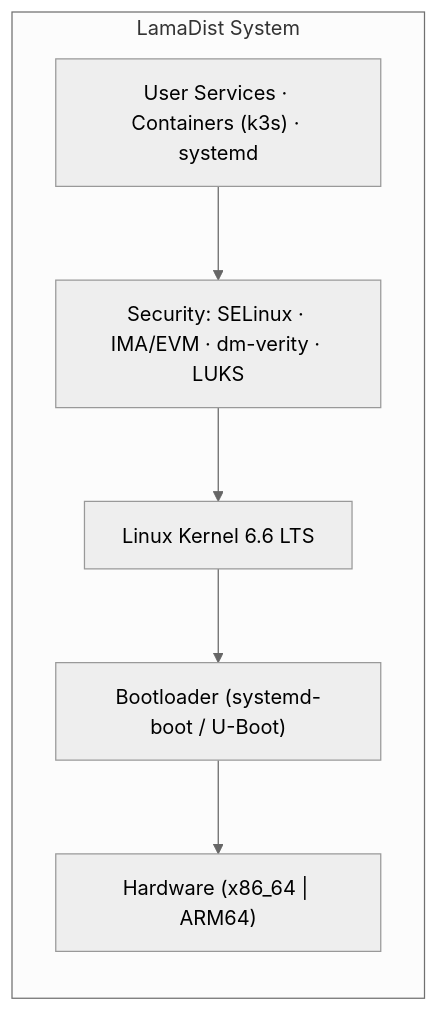
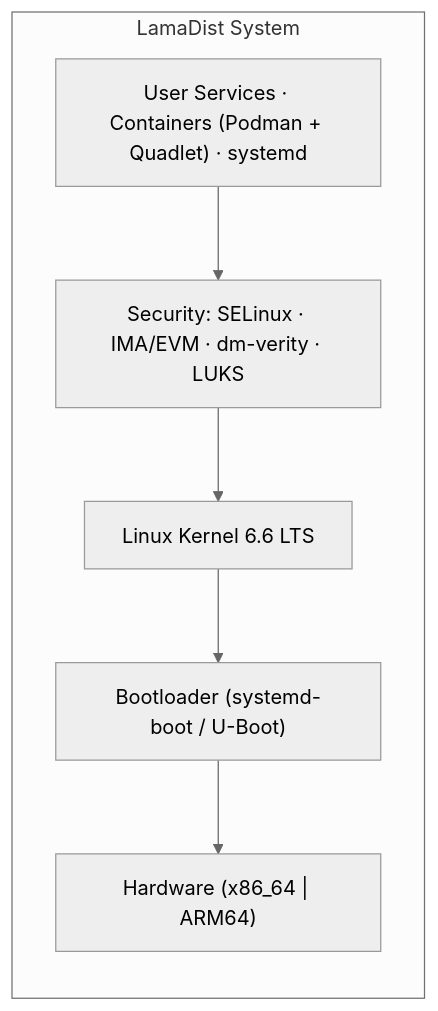
Before and after one commit to LamaGrid/lamadist: the diagram in README.md, drawn with Mermaid (neutral theme). The commit also changed other lines of this file and 1 other file, not shown here.

First line of the commit message:
docs(readme): split features into current and roadmap

````diff
--- a/README.md
+++ b/README.md
@@ -86,12 +135,12 @@
 ```mermaid
 flowchart TD
     subgraph lamadist["LamaDist System"]
         direction TB
-        services["User Services · Containers (k3s) · systemd"]
+        services["User Services · Containers (Podman + Quadlet) · systemd"]
         security["Security: SELinux · IMA/EVM · dm-verity · LUKS"]
         kernel["Linux Kernel 6.6 LTS"]
         boot["Bootloader (systemd-boot / U-Boot)"]
         hardware["Hardware (x86_64 | ARM64)"]
         services --> security --> kernel --> boot --> hardware
     end
 ```
````
